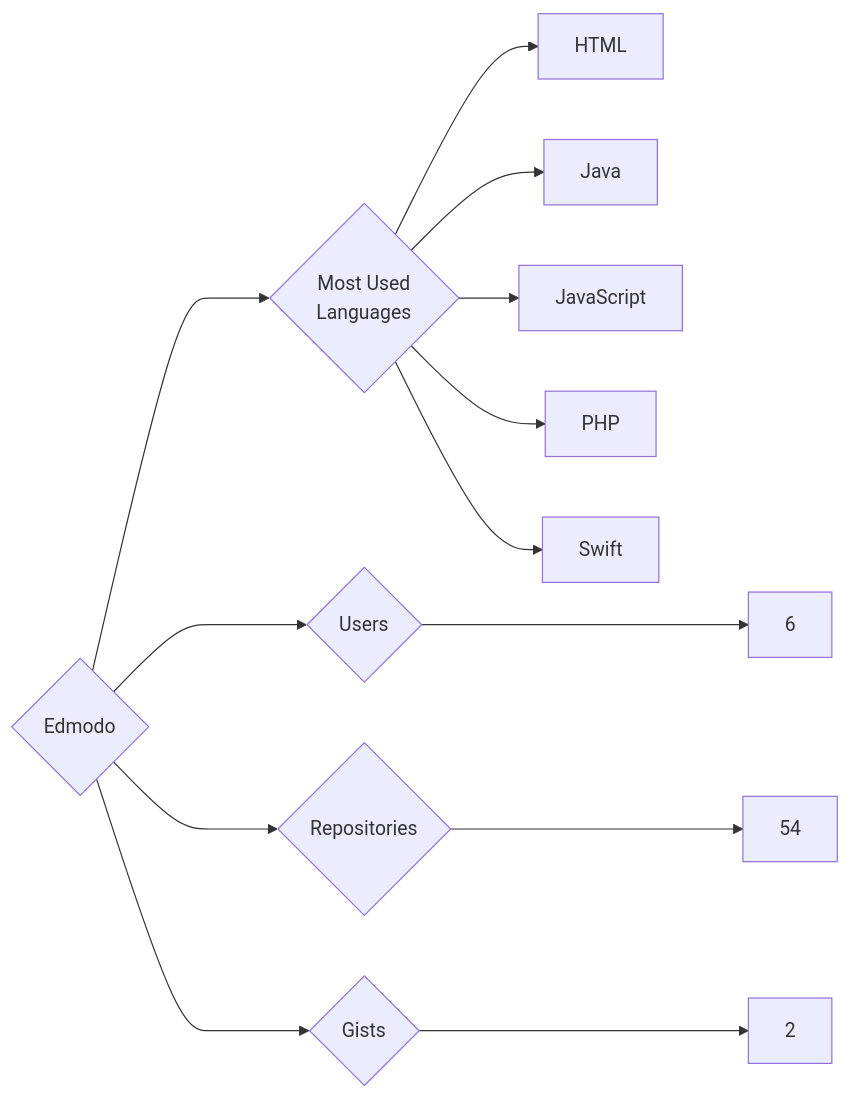
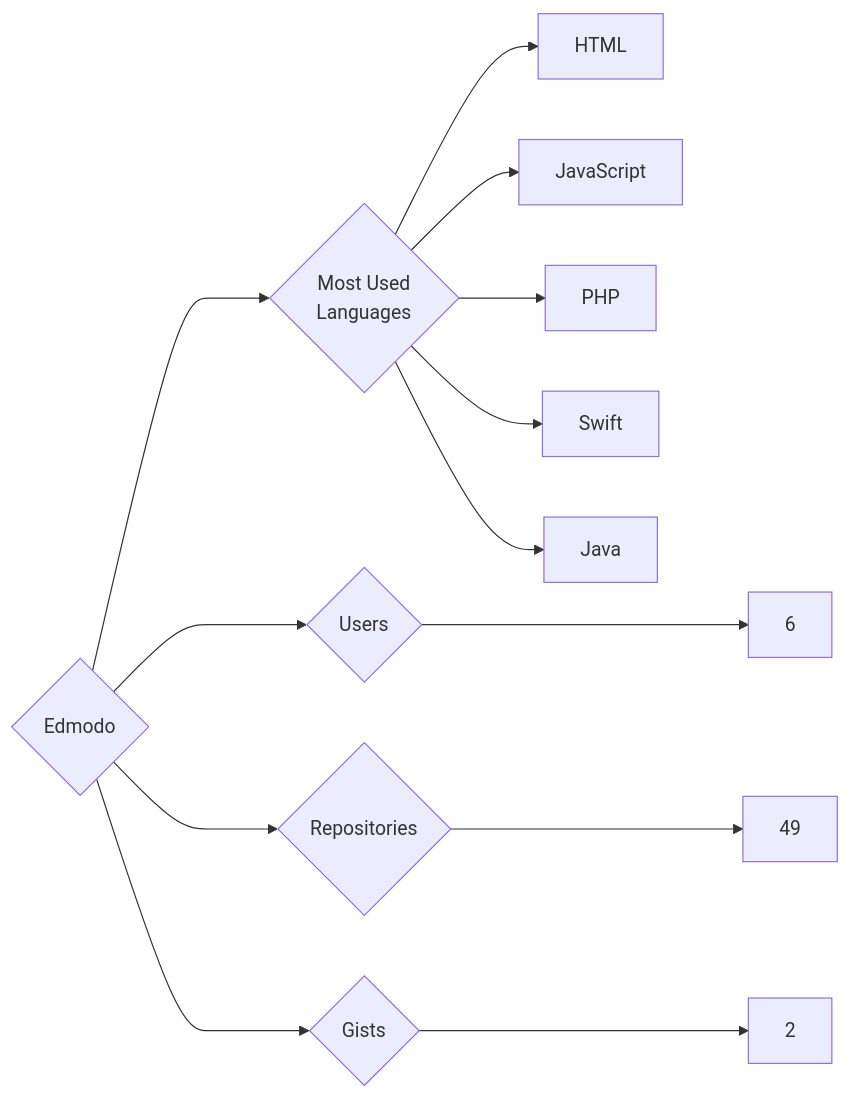
Before and after one commit to trickest/insiders: the diagram in targets/Edmodo/README.md, drawn with Mermaid. The commit also changed 934 other files, not shown here.

````diff
--- a/targets/Edmodo/README.md
+++ b/targets/Edmodo/README.md
@@ -3,13 +3,13 @@
 ```mermaid
 graph LR
 COMPANY_NAME{Edmodo}
 COMPANY_NAME ---> U{Users} ---> UN[6]
-COMPANY_NAME ---> R{Repositories} ---> RN[54]
+COMPANY_NAME ---> R{Repositories} ---> RN[49]
 COMPANY_NAME ---> G{Gists} ---> GN[2]
 COMPANY_NAME ---> ML{Most Used<br>Languages}
 ML --> HTML[HTML]
-ML --> Java[Java]
 ML --> JavaScript[JavaScript]
 ML --> PHP[PHP]
 ML --> Swift[Swift]
+ML --> Java[Java]
 ```
````
